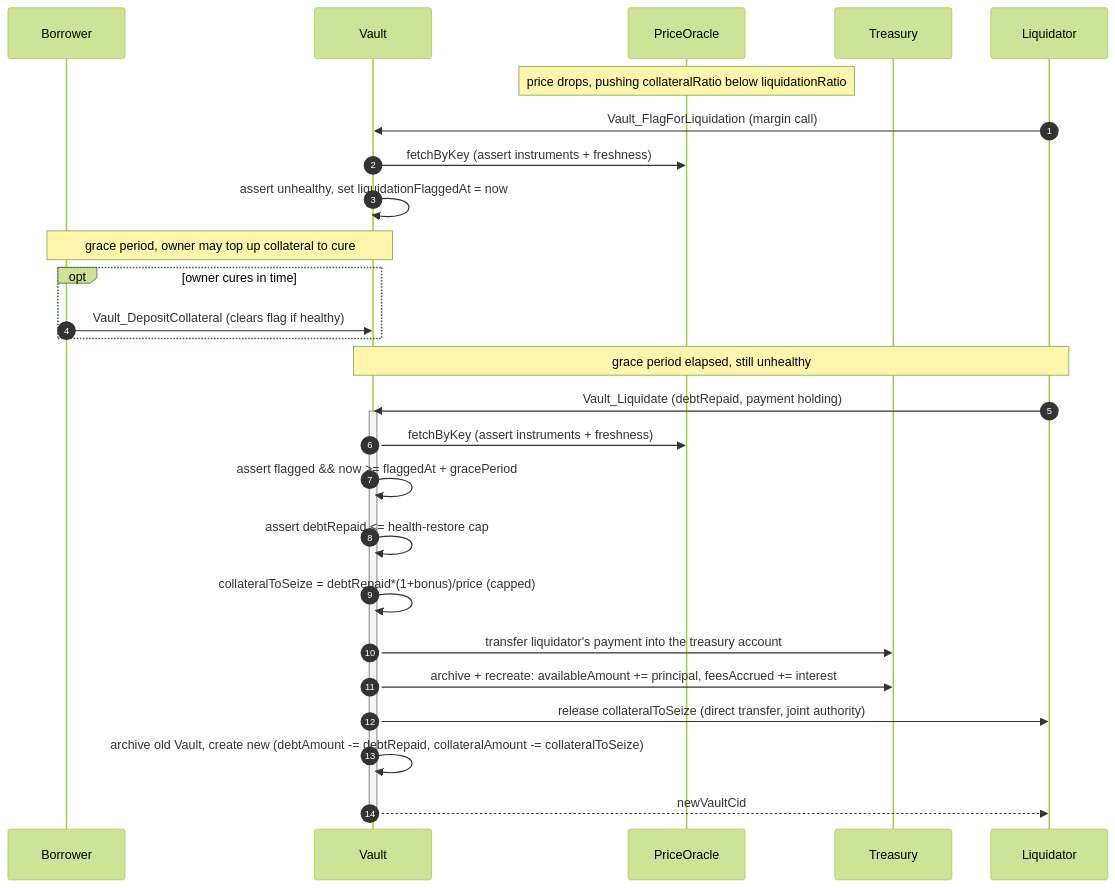
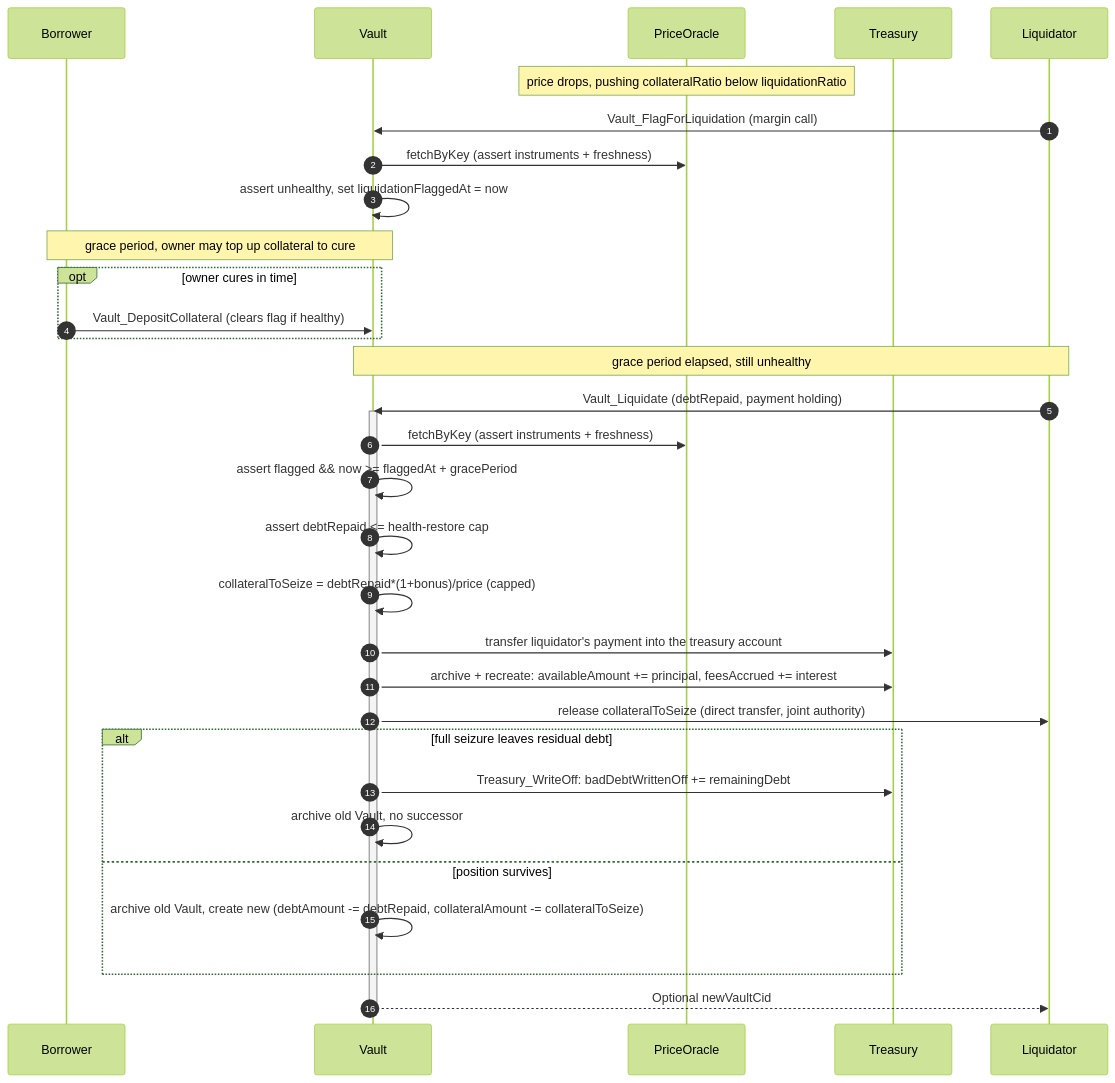
One commit to OpenZeppelin/canton-specs changed the eighth of 8 diagrams in docs/reference-architectures/lending.md. Above: the diagram before and after it, drawn with Mermaid (forest theme). The commit also changed other lines of this file, not shown here.

Commit message:
Add assumption that a Vault is only deployed if a PriceOracle exists for that pair. Adds new choice that archives an underwater vault and records the bad debt with the Treasury.

````diff
--- a/docs/reference-architectures/lending.md
+++ b/docs/reference-architectures/lending.md
@@ -388,31 +407,36 @@
 ```mermaid
 sequenceDiagram
     autonumber
     participant B as Borrower
     participant V as Vault
     participant O as PriceOracle
     participant T as Treasury
     participant L as Liquidator
 
     note over O: price drops, pushing collateralRatio below liquidationRatio
     L->>V: Vault_FlagForLiquidation (margin call)
     V->>O: fetchByKey (assert instruments + freshness)
     V->>V: assert unhealthy, set liquidationFlaggedAt = now
     note over B,V: grace period, owner may top up collateral to cure
     opt owner cures in time
         B->>V: Vault_DepositCollateral (clears flag if healthy)
     end
     note over L,V: grace period elapsed, still unhealthy
     L->>V: Vault_Liquidate (debtRepaid, payment holding)
     activate V
     V->>O: fetchByKey (assert instruments + freshness)
     V->>V: assert flagged && now >= flaggedAt + gracePeriod
     V->>V: assert debtRepaid <= health-restore cap
     V->>V: collateralToSeize = debtRepaid*(1+bonus)/price (capped)
     V->>T: transfer liquidator's payment into the treasury account
     V->>T: archive + recreate: availableAmount += principal, feesAccrued += interest
     V->>L: release collateralToSeize (direct transfer, joint authority)
-    V->>V: archive old Vault, create new (debtAmount -= debtRepaid, collateralAmount -= collateralToSeize)
-    V-->>L: newVaultCid
+    alt full seizure leaves residual debt
+        V->>T: Treasury_WriteOff: badDebtWrittenOff += remainingDebt
+        V->>V: archive old Vault, no successor
+    else position survives
+        V->>V: archive old Vault, create new (debtAmount -= debtRepaid, collateralAmount -= collateralToSeize)
+    end
+    V-->>L: Optional newVaultCid
     deactivate V
 ```
````
